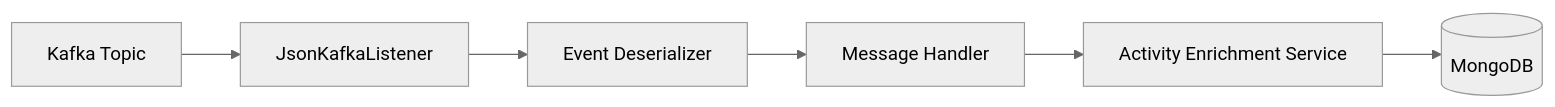
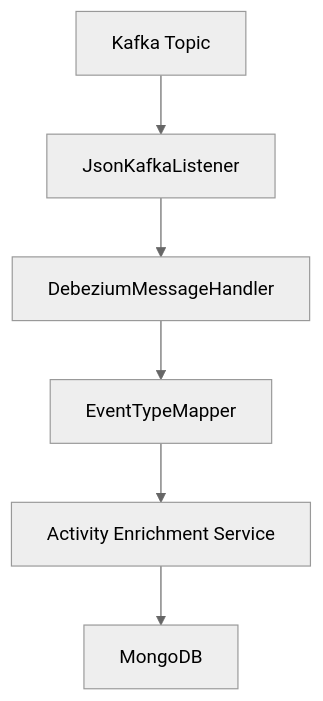
One commit to Praesto-Pro/openframe-oss-tenant changed the third of 4 diagrams in docs/architecture/service-applications/service-applications.md. Above: the diagram before and after it, drawn with Mermaid (neutral theme). The commit also changed other lines of this file and 149 other files, not shown here.

````diff
--- a/docs/architecture/service-applications/service-applications.md
+++ b/docs/architecture/service-applications/service-applications.md
@@ -258,8 +205,8 @@
 ```mermaid
-flowchart LR
-    KafkaTopic["Kafka Topic"] --> Listener["JsonKafkaListener"]
-    Listener --> Deserializer["Event Deserializer"]
-    Deserializer --> Handler["Message Handler"]
-    Handler --> Enrichment["Activity Enrichment Service"]
-    Enrichment --> Mongo[("MongoDB")]
+flowchart TD
+    Kafka["Kafka Topic"] --> Listener["JsonKafkaListener"]
+    Listener --> Handler["DebeziumMessageHandler"]
+    Handler --> Mapper["EventTypeMapper"]
+    Mapper --> Enrichment["Activity Enrichment Service"]
+    Enrichment --> Mongo["MongoDB"]
 ```
````
